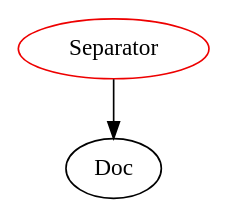
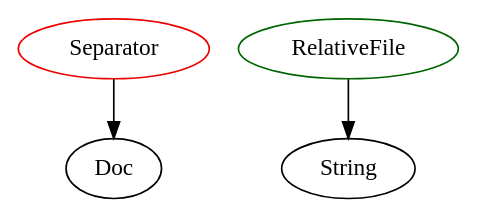
The diagram in analysis/TypeDependencyGraphs/utils.dot (JacquesCarette/Drasil), drawn with Graphviz before and after one commit. The commit also changed 818 other files, not shown here.

```diff
--- a/analysis/TypeDependencyGraphs/utils.dot
+++ b/analysis/TypeDependencyGraphs/utils.dot
@@ -1,18 +1,24 @@
 digraph alltypes {
 	subgraph directory {
 	}
 	subgraph document {
 		subgraph separator{
 		Separator	[shape=oval, color=red2, label="Separator"];
 		Separator -> Doc;
 		}
 	}
 	subgraph englihs {
 	}
+	subgraph filepath {
+		subgraph relativefile{
+		RelativeFile	[shape=oval, color=darkgreen, label="RelativeFile"];
+		RelativeFile -> String;
+		}
+	}
 	subgraph litss {
 	}
 	subgraph strings {
 	}
 	subgraph drails {
 	}
 }
```
